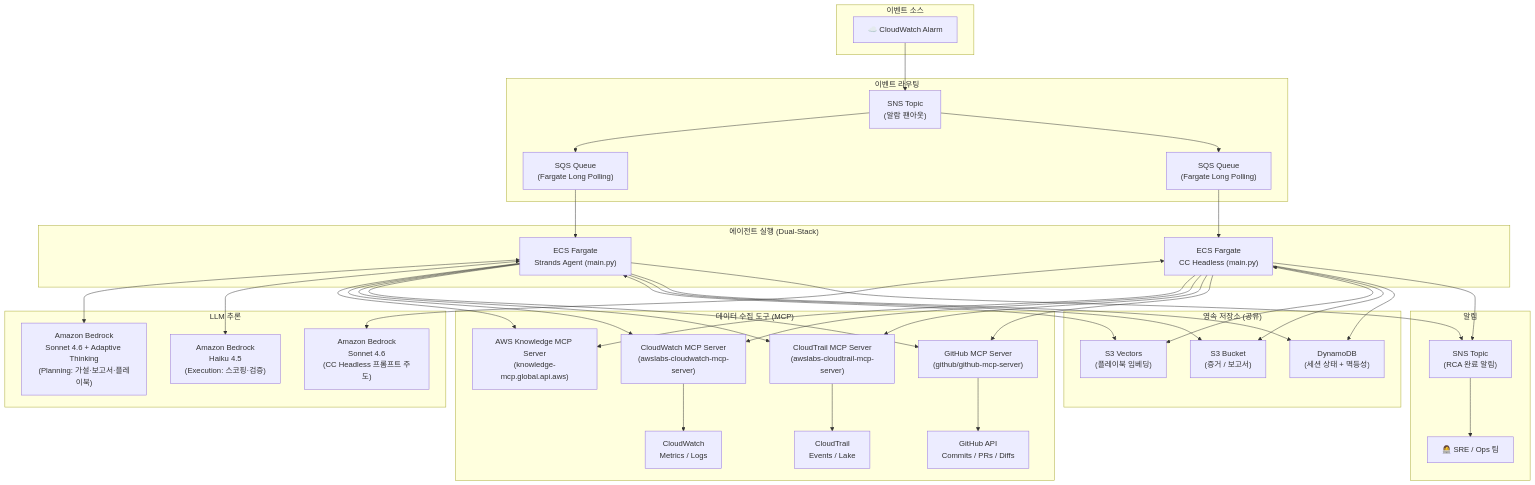
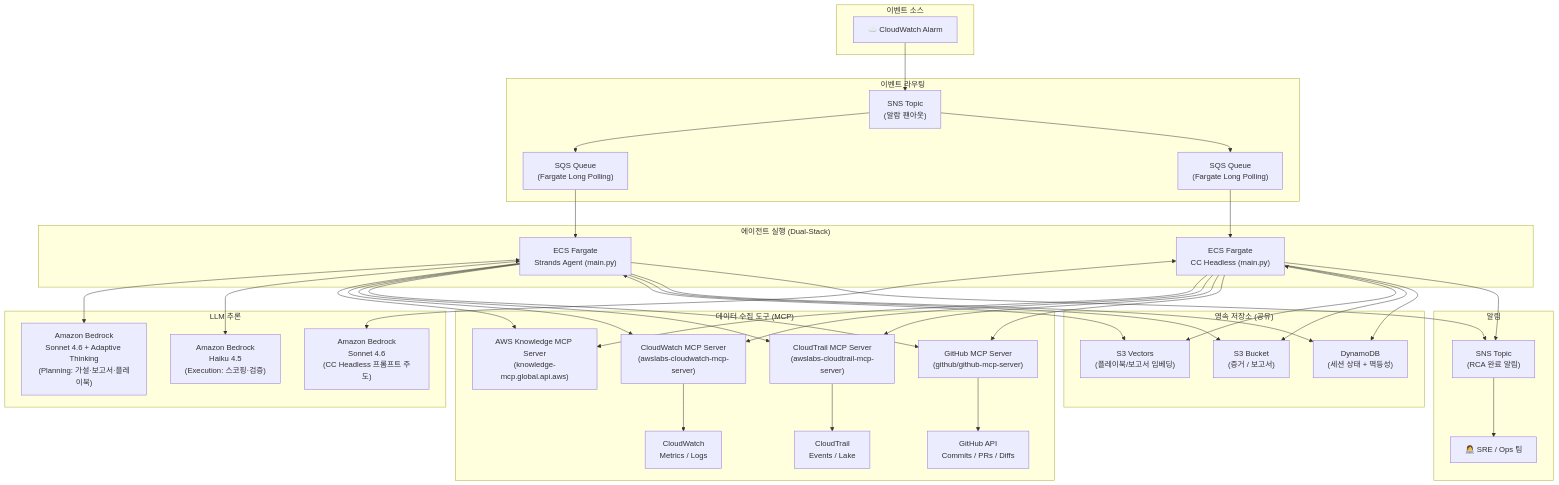
Before and after one commit to haandol/rca-agent: the first of 4 diagrams in AGENTS.md, drawn with Mermaid. The commit also changed other lines of this file and 7 other files, not shown here.

First line of the commit message:
docs: 보고서/플레이북 스키마 확장 및 유사 보고서 검색(ADR 0016) 반영

````diff
--- a/AGENTS.md
+++ b/AGENTS.md
@@ -91,71 +91,71 @@
 ```mermaid
 graph TB
     subgraph EventSource["이벤트 소스"]
         CW_ALARM["☁️ CloudWatch Alarm"]
     end
 
     subgraph Messaging["이벤트 라우팅"]
         SNS_IN["SNS Topic<br/>(알람 팬아웃)"]
         SQS_FARGATE["SQS Queue<br/>(Fargate Long Polling)"]
         SQS_CC["SQS Queue<br/>(Fargate Long Polling)"]
     end
 
     subgraph Compute["에이전트 실행 (Dual-Stack)"]
         ECS["ECS Fargate<br/>Strands Agent (main.py)"]
         ECS_CC["ECS Fargate<br/>CC Headless (main.py)"]
     end
 
     subgraph LLM["LLM 추론"]
         BEDROCK_PLAN["Amazon Bedrock<br/>Sonnet 4.6 + Adaptive Thinking<br/>(Planning: 가설·보고서·플레이북)"]
         BEDROCK_EXEC["Amazon Bedrock<br/>Haiku 4.5<br/>(Execution: 스코핑·검증)"]
         BEDROCK_CC["Amazon Bedrock<br/>Sonnet 4.6<br/>(CC Headless 프롬프트 주도)"]
     end
 
     subgraph DataTools["데이터 수집 도구 (MCP)"]
         AK_MCP["AWS Knowledge MCP Server<br/>(knowledge-mcp.global.api.aws)"]
         CW_MCP["CloudWatch MCP Server<br/>(awslabs-cloudwatch-mcp-server)"]
         CT_MCP["CloudTrail MCP Server<br/>(awslabs-cloudtrail-mcp-server)"]
         GH_MCP["GitHub MCP Server<br/>(github/github-mcp-server)"]
         CW_API["CloudWatch<br/>Metrics / Logs"]
         CT_API["CloudTrail<br/>Events / Lake"]
         GH_API["GitHub API<br/>Commits / PRs / Diffs"]
     end
 
     subgraph Storage["영속 저장소 (공유)"]
-        S3_VECTORS["S3 Vectors<br/>(플레이북 임베딩)"]
+        S3_VECTORS["S3 Vectors<br/>(플레이북/보고서 임베딩)"]
         S3["S3 Bucket<br/>(증거 / 보고서)"]
         DDB["DynamoDB<br/>(세션 상태 + 멱등성)"]
     end
 
     subgraph Notification["알림"]
         SNS_OUT["SNS Topic<br/>(RCA 완료 알림)"]
         SRE["👩‍💻 SRE / Ops 팀"]
     end
 
     CW_ALARM --> SNS_IN
     SNS_IN --> SQS_FARGATE --> ECS
     SNS_IN --> SQS_CC --> ECS_CC
     ECS <--> BEDROCK_PLAN
     ECS <--> BEDROCK_EXEC
     ECS_CC <--> BEDROCK_CC
     ECS --> AK_MCP
     ECS --> CW_MCP
     ECS --> CT_MCP
     ECS --> GH_MCP
     ECS_CC --> AK_MCP
     ECS_CC --> CW_MCP
     ECS_CC --> CT_MCP
     ECS_CC --> GH_MCP
     CW_MCP --> CW_API
     CT_MCP --> CT_API
     GH_MCP --> GH_API
     ECS <--> S3_VECTORS
     ECS --> S3
     ECS --> DDB
     ECS_CC <--> S3_VECTORS
     ECS_CC --> S3
     ECS_CC --> DDB
     ECS --> SNS_OUT
     ECS_CC --> SNS_OUT
     SNS_OUT --> SRE
 ```
````
